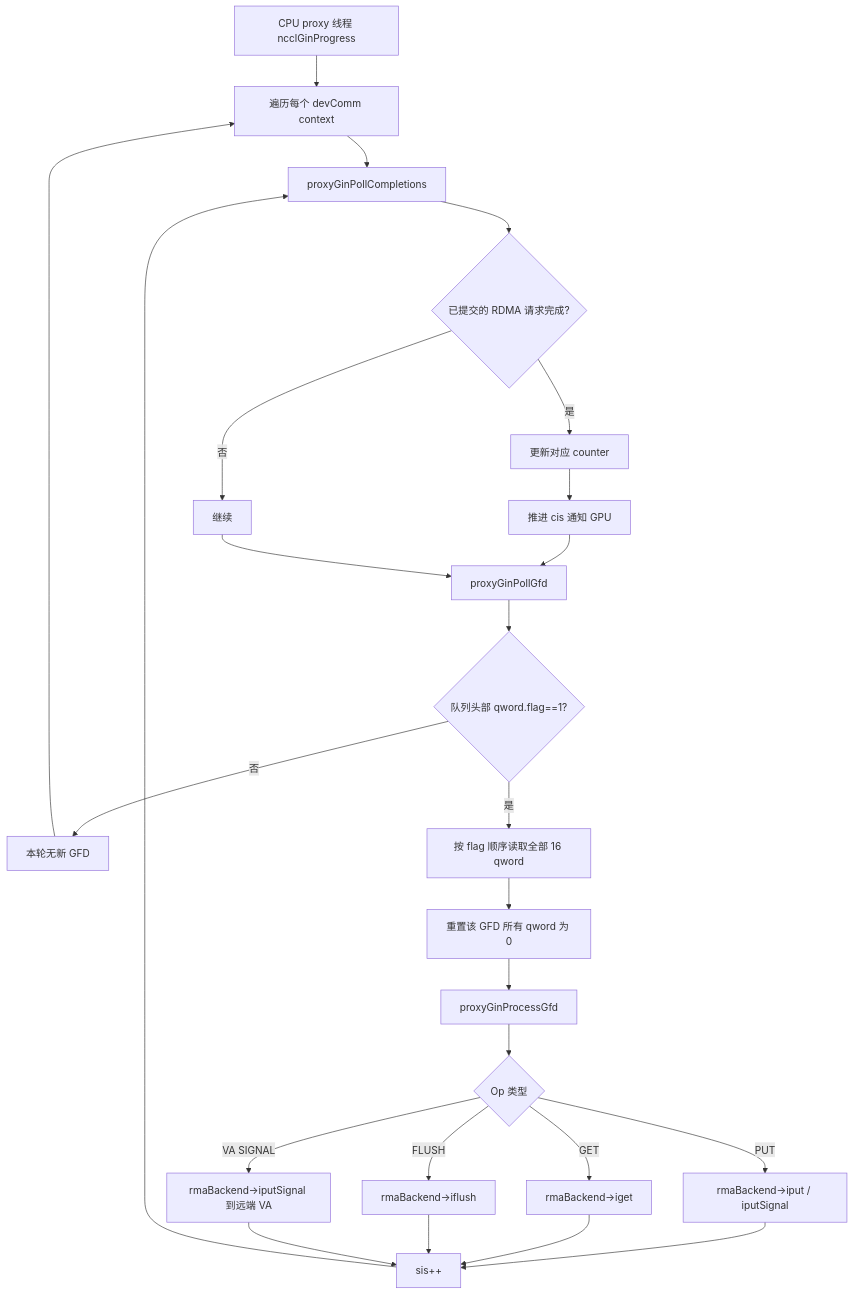
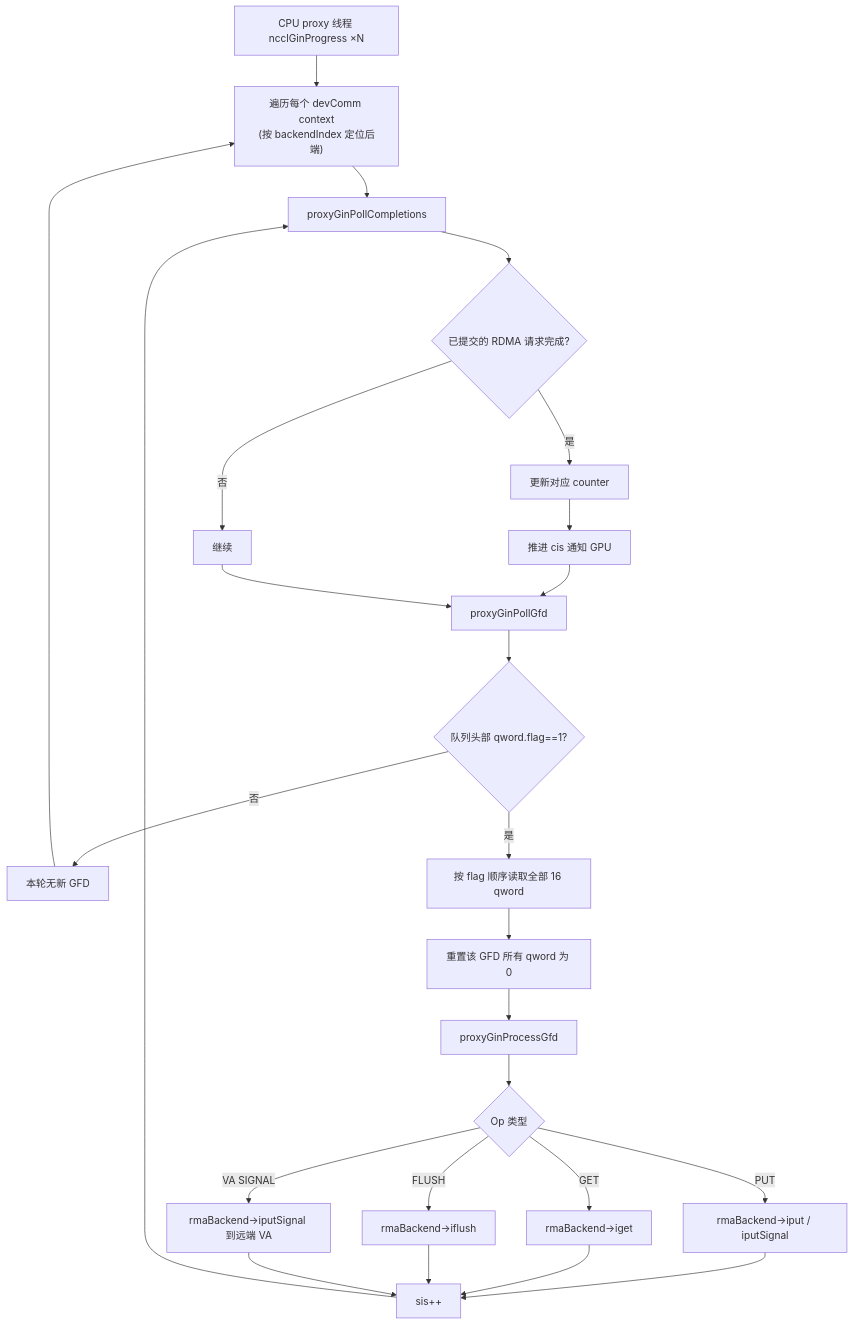
One commit to s0okiym/DeepEP changed the sixth of 7 diagrams in notes/nccl_gin_internals.md. Above: the diagram before and after it, drawn with Mermaid. The commit also changed other lines of this file, not shown here.

Commit message:
docs(notes): 修订 nccl_gin_internals.md(对齐 NCCL 2.31.2:多后端/EFA GDA/stride 泛化)

````diff
--- a/notes/nccl_gin_internals.md
+++ b/notes/nccl_gin_internals.md
@@ -468,27 +597,27 @@
 ```mermaid
 flowchart TD
-    A["CPU proxy 线程 ncclGinProgress"] --> B["遍历每个 devComm context"]
+    A["CPU proxy 线程 ncclGinProgress ×N"] --> B["遍历每个 devComm context<br/>(按 backendIndex 定位后端)"]
     B --> C["proxyGinPollCompletions"]
     C --> D{"已提交的 RDMA 请求完成?"}
     D -->|是| E["更新对应 counter"]
     E --> F["推进 cis 通知 GPU"]
     D -->|否| G["继续"]
     F --> H["proxyGinPollGfd"]
     G --> H
     H --> I{"队列头部 qword.flag==1?"}
     I -->|否| J["本轮无新 GFD"]
     I -->|是| K["按 flag 顺序读取全部 16 qword"]
     K --> L["重置该 GFD 所有 qword 为 0"]
     L --> M["proxyGinProcessGfd"]
     M --> N{"Op 类型"}
     N -->|PUT| O["rmaBackend->iput / iputSignal"]
     N -->|GET| P["rmaBackend->iget"]
     N -->|FLUSH| Q["rmaBackend->iflush"]
     N -->|VA SIGNAL| R["rmaBackend->iputSignal 到远端 VA"]
     O --> S["sis++"]
     P --> S
     Q --> S
     R --> S
     S --> C
     J --> B
 ```
````
